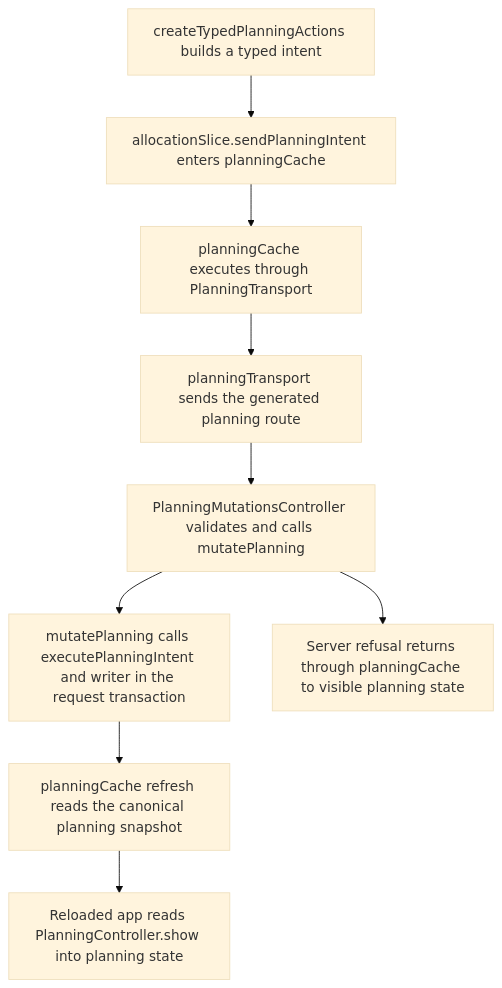
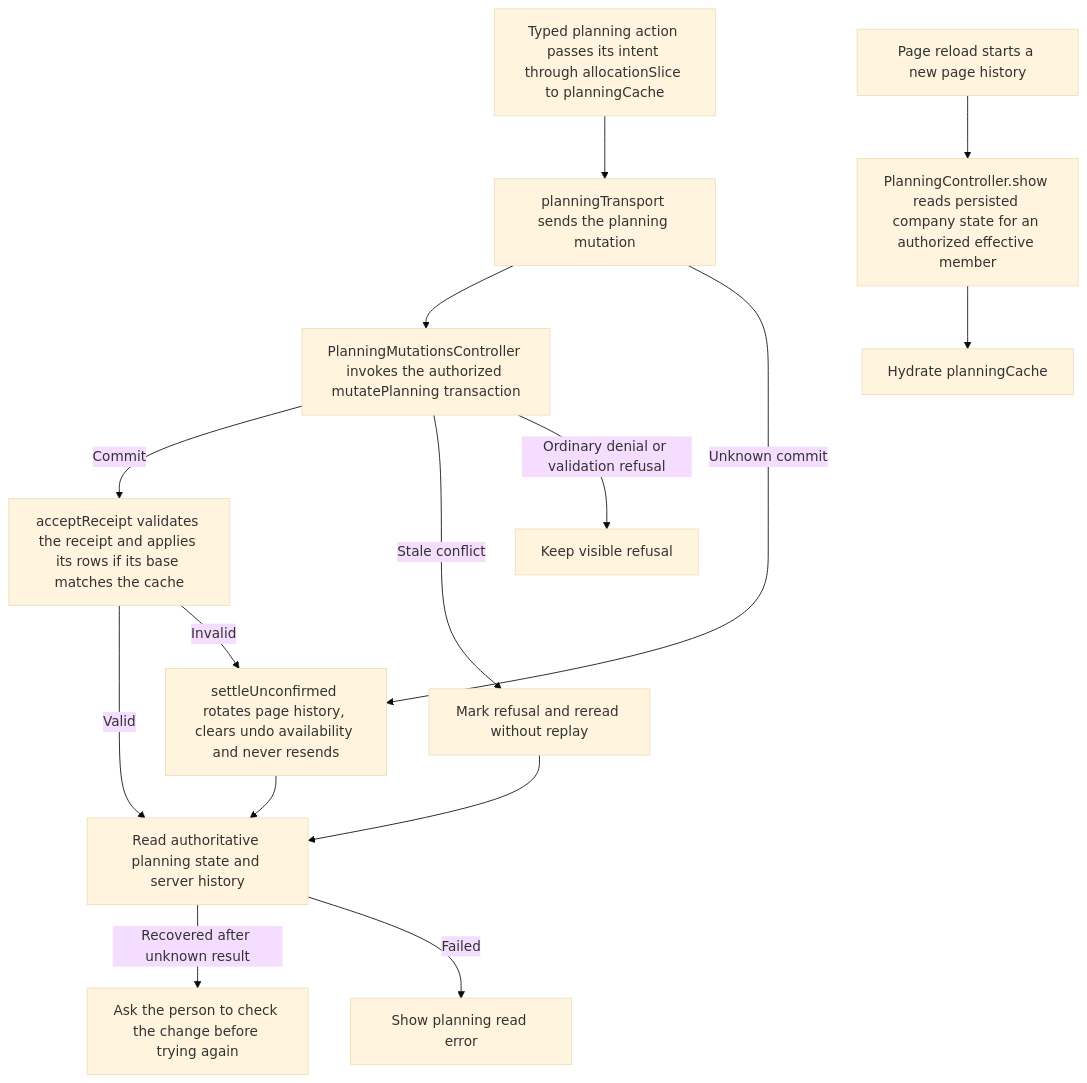
Before and after one commit to Kevinjohn/capacitylens: the second of 2 diagrams in user-stories/data/US-DAT-05-persist-reload.md, drawn with Mermaid (base theme). The commit also changed other lines of this file and 172 other files, not shown here.

Commit message:
docs: reconcile user story code flows with source

````diff
--- a/user-stories/data/US-DAT-05-persist-reload.md
+++ b/user-stories/data/US-DAT-05-persist-reload.md
@@ -28,11 +28,17 @@
 ```mermaid
 flowchart TD
-  action["createTypedPlanningActions builds a typed intent"] --> slice["allocationSlice.sendPlanningIntent enters planningCache"]
-  slice --> cache["planningCache executes through PlanningTransport"]
-  cache --> transport["planningTransport sends the generated planning route"]
-  transport --> endpoint["PlanningMutationsController validates and calls mutatePlanning"]
-  endpoint --> persist["mutatePlanning calls executePlanningIntent and writer in the request transaction"]
-  persist --> refresh["planningCache refresh reads the canonical planning snapshot"]
-  refresh --> reload["Reloaded app reads PlanningController.show into planning state"]
-  endpoint --> refusal["Server refusal returns through planningCache to visible planning state"]
+  draft["Typed planning action passes its intent through allocationSlice to planningCache"] --> send["planningTransport sends the planning mutation"]
+  send --> server["PlanningMutationsController invokes the authorized mutatePlanning transaction"]
+  server -->|Commit| receipt["acceptReceipt validates the receipt and applies its rows if its base matches the cache"]
+  receipt -->|Valid| read["Read authoritative planning state and server history"]
+  receipt -->|Invalid| unknown["settleUnconfirmed rotates page history, clears undo availability and never resends"]
+  server -->|Stale conflict| stale["Mark refusal and reread without replay"]
+  stale --> read
+  server -->|Ordinary denial or validation refusal| refuse["Keep visible refusal"]
+  send -->|Unknown commit| unknown
+  unknown --> read
+  read -->|Recovered after unknown result| check["Ask the person to check the change before trying again"]
+  read -->|Failed| retryRead["Show planning read error"]
+  reload["Page reload starts a new page history"] --> snapshot["PlanningController.show reads persisted company state for an authorized effective member"]
+  snapshot --> cache["Hydrate planningCache"]
 ```
````
